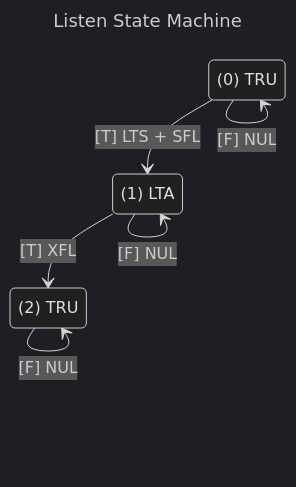
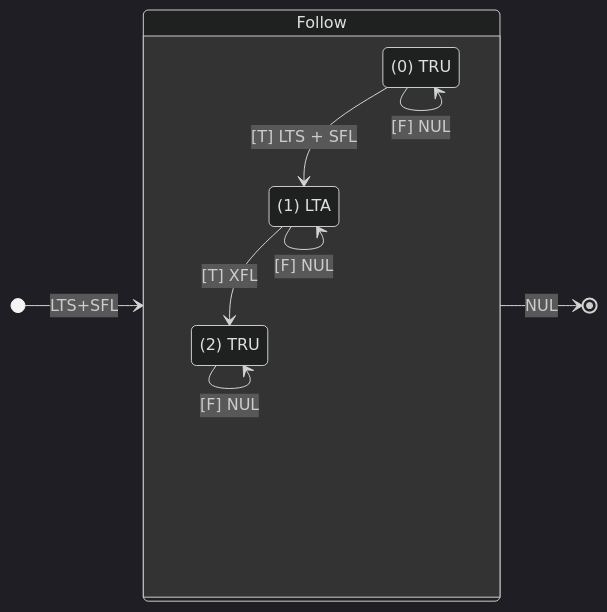
One commit to Darwin-River/Robotics changed the diagram in Libraries/Code_Library/LineRacer.md. Above: the diagram before and after it, drawn with Mermaid (dark theme). The commit also changed other lines of this file, not shown here.

Commit message:
Diagraming start and stop actions
I figured out a way to diagram state machine start and stop actions in Mermaid.

````diff
--- a/Libraries/Code_Library/LineRacer.md
+++ b/Libraries/Code_Library/LineRacer.md
@@ -39,17 +39,21 @@
 ```mermaid
----
-title: Listen State Machine
----
 stateDiagram-v2
-0: (0) TRU
-0-->1: [T] LTS + SFL
-0-->0: [F] NUL
+    direction LR
+    [*] --> Follow: LTS+SFL
+    Follow --> [*]: NUL
 
-1: (1) LTA
-1-->2: [T] XFL
-1-->1: [F] NUL
-
-2: (2) TRU
-2-->2: [T] NUL
-2-->2: [F] NUL
+    state Follow {
+        direction TB
+        0: (0) TRU
+        0-->1: [T] LTS + SFL
+        0-->0: [F] NUL
+        
+        1: (1) LTA
+        1-->2: [T] XFL
+        1-->1: [F] NUL
+        
+        2: (2) TRU
+        2-->2: [T] NUL
+        2-->2: [F] NUL
+    }
 ```
````
